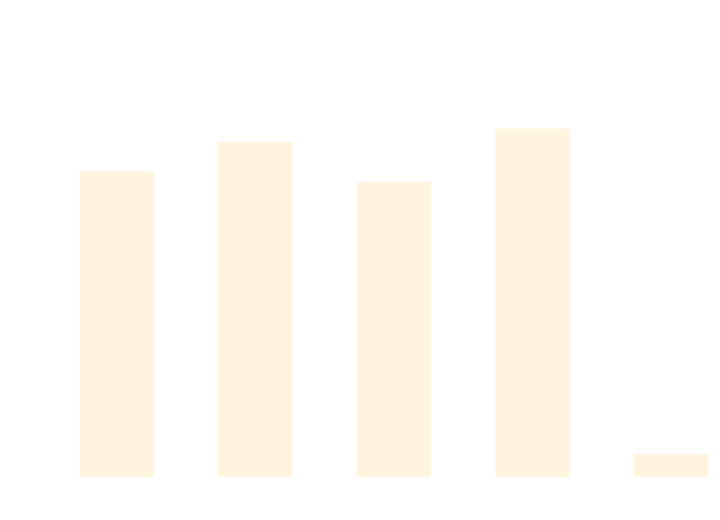
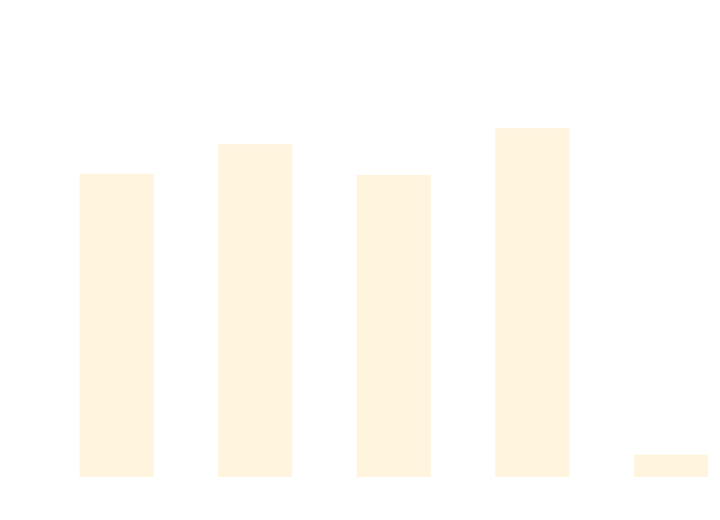
The diagram in docs/docs/benchmarks/DataDrivenTests.md (thomhurst/TUnit), drawn with Mermaid before and after one commit. The commit also changed other lines of this file and 17 other files, not shown here.

````diff
--- a/docs/docs/benchmarks/DataDrivenTests.md
+++ b/docs/docs/benchmarks/DataDrivenTests.md
@@ -27,37 +27,37 @@
 ```mermaid
 %%{init: {
   'theme':'base',
   'themeVariables': {
     'primaryColor': '#2563eb',
     'primaryTextColor': '#ffffff',
     'primaryBorderColor': '#1e40af',
     'lineColor': '#6b7280',
     'secondaryColor': '#7c3aed',
     'tertiaryColor': '#dc2626',
     'background': '#ffffff',
     'mainBkg': '#2563eb',
     'secondBkg': '#7c3aed',
     'tertiaryBkg': '#dc2626',
     'clusterBkg': '#f3f4f6',
     'edgeLabelBackground': '#ffffff',
     'tertiaryTextColor': '#1f2937',
     'pie1': '#2563eb',
     'pie2': '#7c3aed',
     'pie3': '#dc2626',
     'pie4': '#f59e0b',
     'pie5': '#10b981',
     'pie6': '#06b6d4',
     'pie7': '#ec4899',
     'pie8': '#6366f1',
     'pie9': '#84cc16',
     'pie10': '#f97316',
     'pie11': '#14b8a6',
     'pie12': '#a855f7'
   }
 }}%%
 xychart-beta
   title "DataDrivenTests Performance Comparison"
   x-axis ["TUnit", "NUnit", "MSTest", "xUnit3", "TUnit_AOT"]
-  y-axis "Time (ms)" 0 --> 684
-  bar [497.82, 546.67, 479.83, 569.25, 24.41]
+  y-axis "Time (ms)" 0 --> 703
+  bar [507.63, 558.45, 505.5, 585.83, 24.6]
 ```
````
